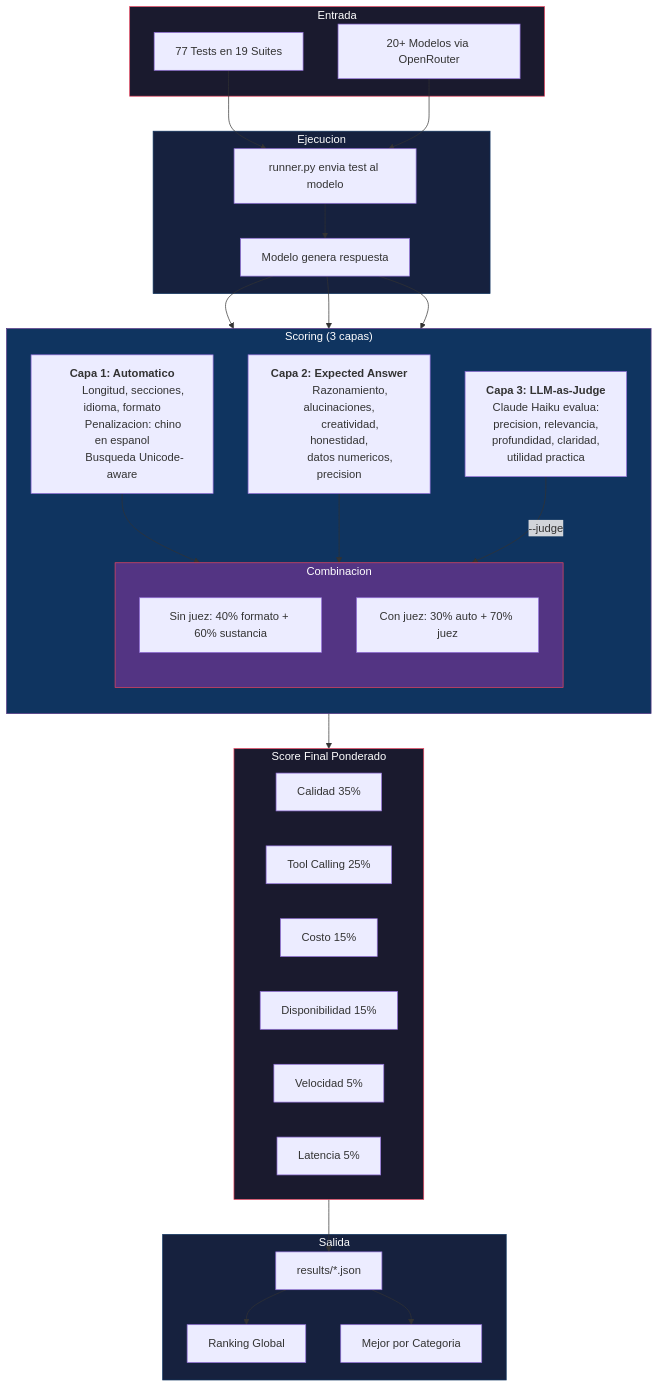
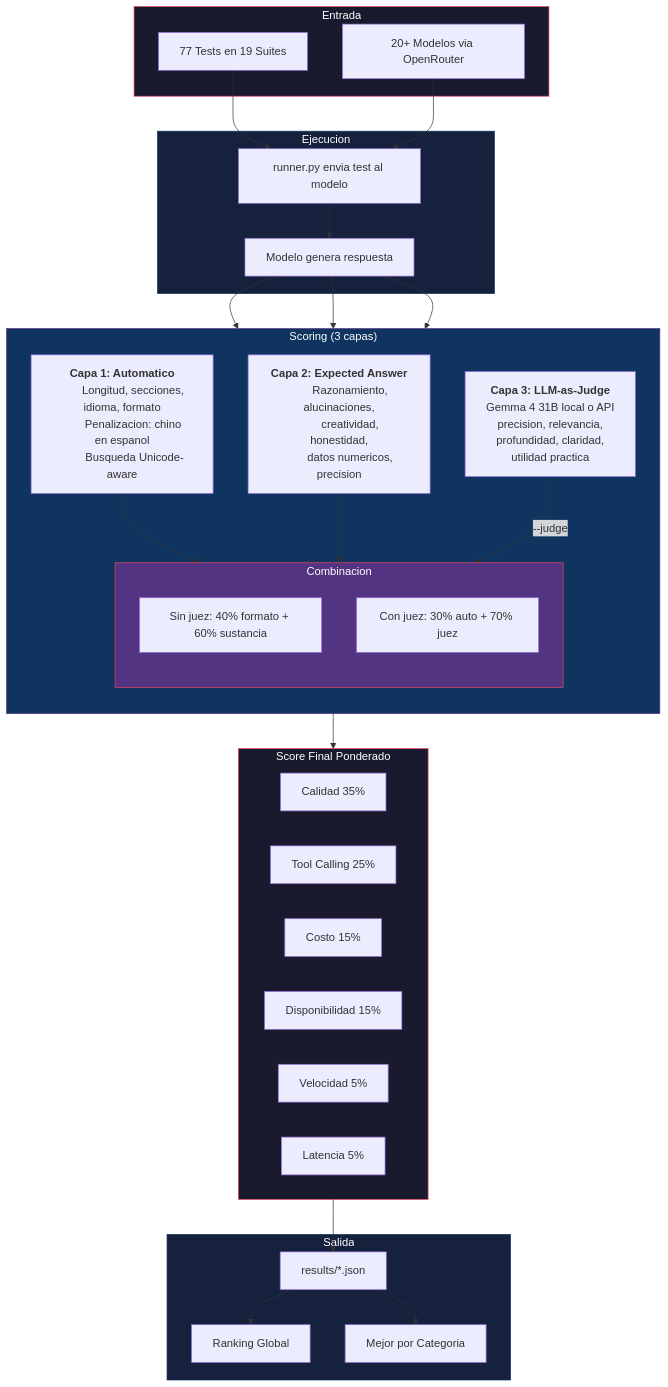
One commit to ctala/ai-benchmarks-alternativos changed the diagram in README.md. Above: the diagram before and after it, drawn with Mermaid. The commit also changed other lines of this file and 4 other files, not shown here.

````diff
--- a/README.md
+++ b/README.md
@@ -31,75 +31,75 @@
 ```mermaid
 flowchart TD
     subgraph INPUT["Entrada"]
         T["77 Tests en 19 Suites"]
         M["20+ Modelos via OpenRouter"]
     end
 
     subgraph EXEC["Ejecucion"]
         R["runner.py envia test al modelo"]
         RESP["Modelo genera respuesta"]
         R --> RESP
     end
 
     subgraph SCORING["Scoring (3 capas)"]
         direction TB
         S1["<b>Capa 1: Automatico</b>
         Longitud, secciones, idioma, formato
         Penalizacion: chino en espanol
         Busqueda Unicode-aware"]
 
         S2["<b>Capa 2: Expected Answer</b>
         Razonamiento, alucinaciones,
         creatividad, honestidad,
         datos numericos, precision"]
 
         S3["<b>Capa 3: LLM-as-Judge</b>
-        Claude Haiku evalua:
+        Gemma 4 31B local o API
         precision, relevancia,
         profundidad, claridad,
         utilidad practica"]
 
         S1 --> COMBINE
         S2 --> COMBINE
         S3 -->|"--judge"| COMBINE
     end
 
     subgraph COMBINE["Combinacion"]
         direction TB
         NOJUDGE["Sin juez: 40% formato + 60% sustancia"]
         WITHJUDGE["Con juez: 30% auto + 70% juez"]
     end
 
     subgraph METRICS["Score Final Ponderado"]
         direction LR
         Q["Calidad 35%"]
         TC["Tool Calling 25%"]
         CO["Costo 15%"]
         AV["Disponibilidad 15%"]
         SP["Velocidad 5%"]
         LA["Latencia 5%"]
     end
 
     subgraph OUTPUT["Salida"]
         JSON["results/*.json"]
         RANK["Ranking Global"]
         CAT["Mejor por Categoria"]
     end
 
     T --> R
     M --> R
     RESP --> S1
     RESP --> S2
     RESP --> S3
     COMBINE --> METRICS
     METRICS --> JSON
     JSON --> RANK
     JSON --> CAT
 
     style INPUT fill:#1a1a2e,stroke:#e94560,color:#fff
     style EXEC fill:#16213e,stroke:#0f3460,color:#fff
     style SCORING fill:#0f3460,stroke:#533483,color:#fff
     style COMBINE fill:#533483,stroke:#e94560,color:#fff
     style METRICS fill:#1a1a2e,stroke:#e94560,color:#fff
     style OUTPUT fill:#16213e,stroke:#0f3460,color:#fff
 ```
````
